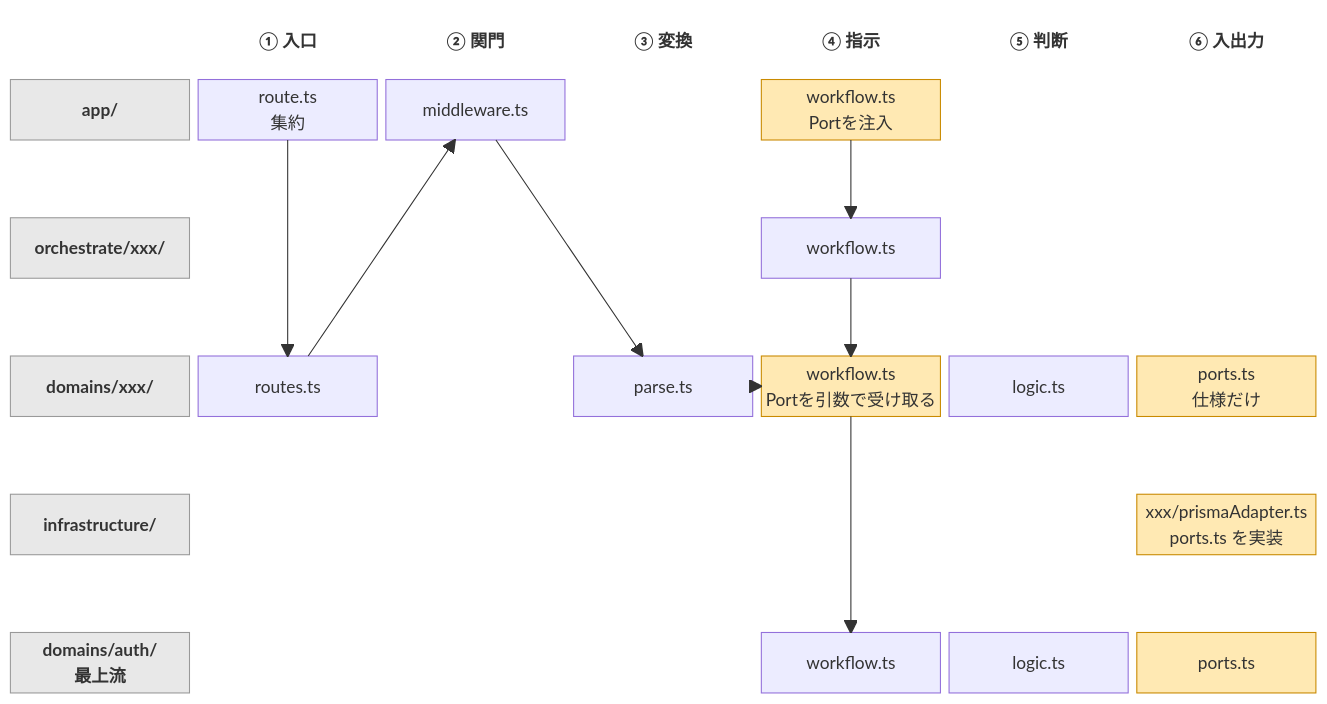
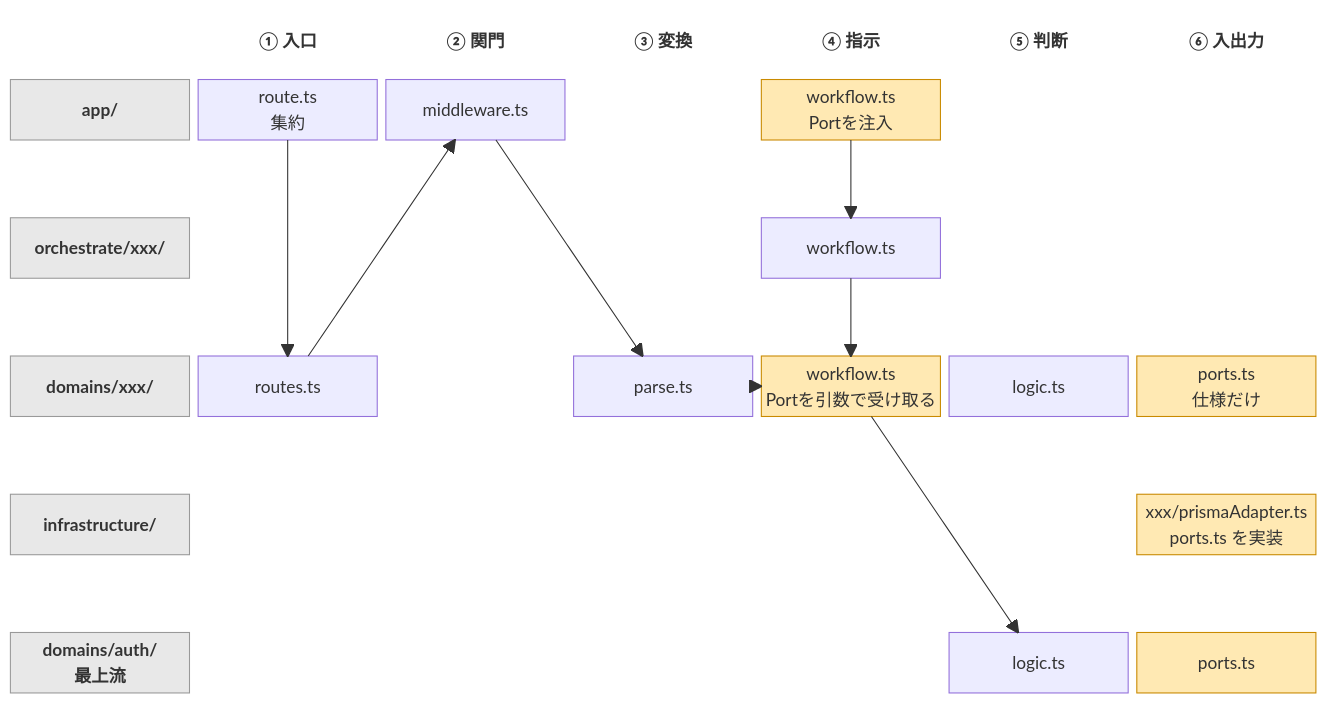
The ninth of 10 diagrams in docs/ja/Lv別アーキテクチャリファレンス.md (u83ism/slime-architecture-rules), drawn with Mermaid before and after one commit. The commit also changed other lines of this file and 9 other files, not shown here.

````diff
--- a/docs/ja/Lv別アーキテクチャリファレンス.md
+++ b/docs/ja/Lv別アーキテクチャリファレンス.md
@@ -1201,28 +1201,28 @@
 ```mermaid
 block-beta
   columns 7
   corner[" "] h1["① 入口"] h2["② 関門"] h3["③ 変換"] h4["④ 指示"] h5["⑤ 判断"] h6["⑥ 入出力"]
   Lapp["app/"] route["route.ts<br>集約"] mw["middleware.ts"] space awf["workflow.ts<br>Portを注入"] space space
   space:7
   Lorc["orchestrate/xxx/"] space space space owf["workflow.ts"] space space
   space:7
   Ldom["domains/xxx/"] routes["routes.ts"] space parse["parse.ts"] wf["workflow.ts<br>Portを引数で受け取る"] logic["logic.ts"] ports["ports.ts<br>仕様だけ"]
   space:7
   Linfra["infrastructure/"] space space space space space adapter["xxx/prismaAdapter.ts<br>ports.ts を実装"]
   space:7
-  Lauth["domains/auth/<br>最上流"] space space space authwf["workflow.ts"] authlogic["logic.ts"] authports["ports.ts"]
+  Lauth["domains/auth/<br>最上流"] space space space space authlogic["logic.ts"] authports["ports.ts"]
   route --> routes
   routes --> mw
   mw --> parse
   parse --> wf
   awf --> owf
   owf --> wf
-  wf --> authwf
+  wf --> authlogic
   class Lapp,Lorc,Ldom,Linfra,Lauth lane
   class awf,wf,ports,adapter,authports new
 
   classDef head fill:none,stroke:none,font-weight:bold
   classDef lane fill:#e8e8e8,stroke:#999,color:#222,font-weight:bold
   classDef new fill:#ffe9b3,stroke:#c98a00,color:#222
   class corner,h1,h2,h3,h4,h5,h6 head
 ```
````
